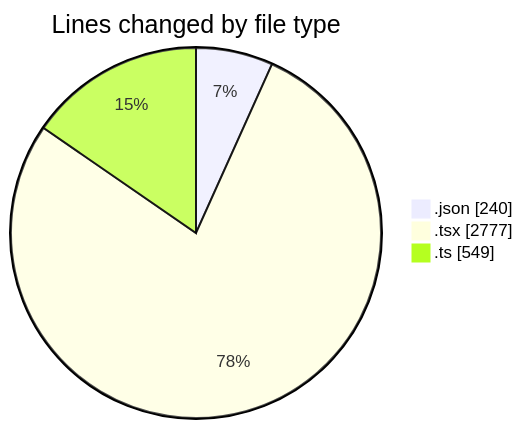
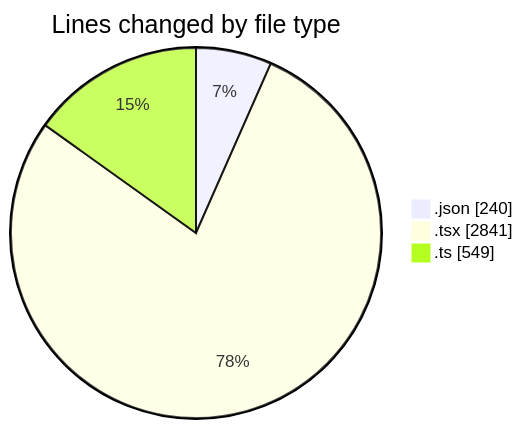
One commit to julien-gomy/code-tracking changed the first of 2 diagrams in 2025-11-17/eventscop-frontend-guide__workspace_/README.md. Above: the diagram before and after it, drawn with Mermaid. The commit also changed other lines of this file and 1 other file, not shown here.

````diff
--- a/2025-11-17/eventscop-frontend-guide__workspace_/README.md
+++ b/2025-11-17/eventscop-frontend-guide__workspace_/README.md
@@ -38,7 +39,7 @@
 ```mermaid
 pie showData
 title Lines changed by file type
 ".json" : 240
-".tsx" : 2777
+".tsx" : 2841
 ".ts" : 549
 ```
````
